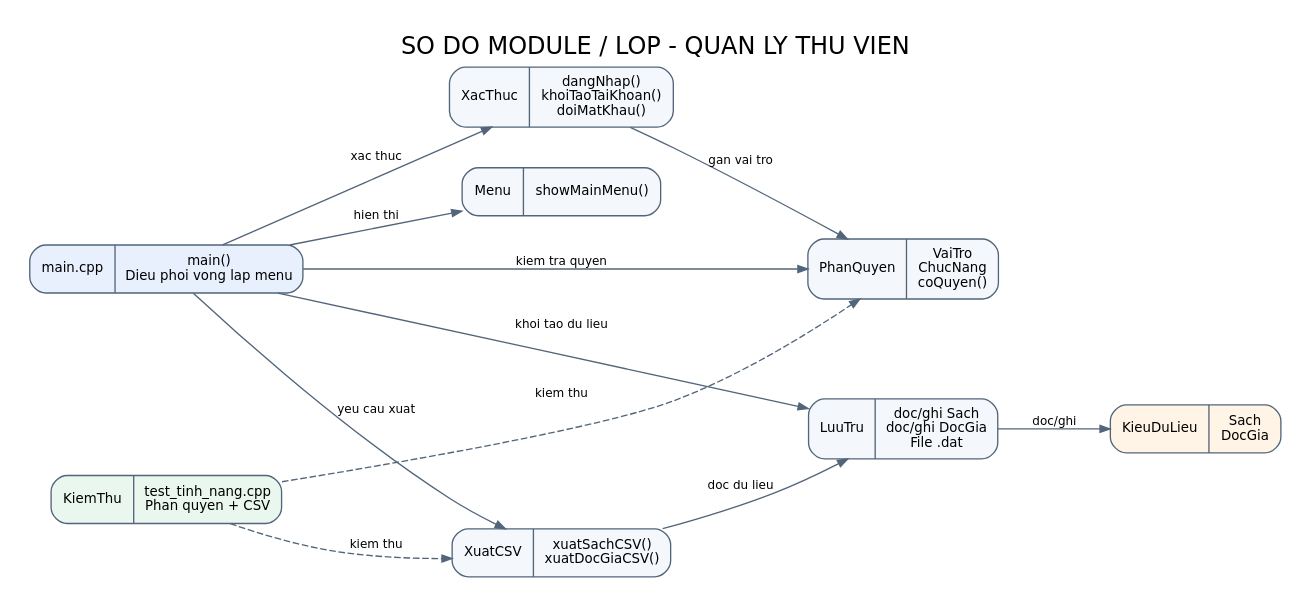
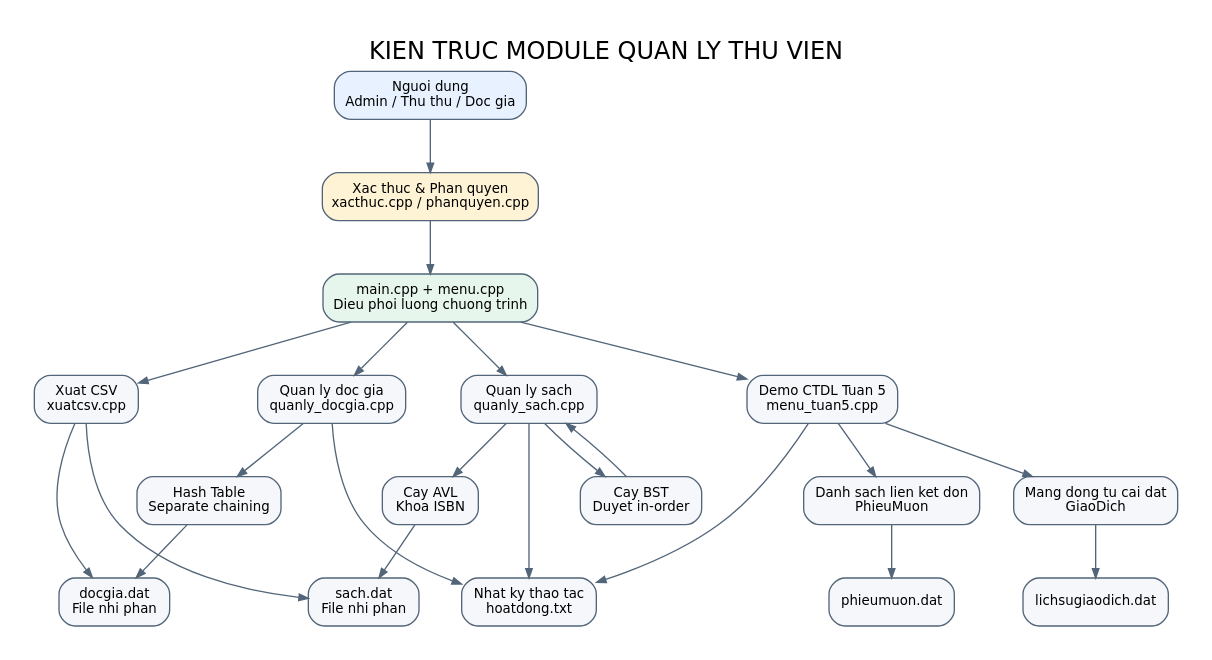
Before and after one commit to nguyenquangmy6624/QuanLyThuVien: the diagram in docs/sodolop.dot, drawn with Graphviz. The commit also changed 39 other files, not shown here.

Commit message:
tuan 5 quan ly thu vien

```diff
--- a/docs/sodolop.dot
+++ b/docs/sodolop.dot
@@ -1,15 +1,37 @@
 digraph QuanLyThuVien {
-  graph [rankdir=LR, bgcolor="white", pad="0.2", nodesep="0.4", ranksep="0.7", fontname="DejaVu Sans", label="SO DO MODULE / LOP - QUAN LY THU VIEN", labelloc=t, fontsize=18];
-  node [shape=record, style="rounded,filled", fillcolor="#F4F7FB", color="#52657A", fontname="DejaVu Sans", fontsize=10, margin="0.12,0.08"];
-  edge [color="#52657A", arrowsize=0.75, fontname="DejaVu Sans", fontsize=9];
-  Main [label="{main.cpp|main()\nDieu phoi vong lap menu}", fillcolor="#E8F0FE"];
-  Auth [label="{XacThuc|dangNhap()\nkhoiTaoTaiKhoan()\ndoiMatKhau()}"];
-  Role [label="{PhanQuyen|VaiTro\nChucNang\ncoQuyen()}"];
-  Menu [label="{Menu|showMainMenu()}"];
-  Store [label="{LuuTru|doc/ghi Sach\ndoc/ghi DocGia\nFile .dat}"];
-  Csv [label="{XuatCSV|xuatSachCSV()\nxuatDocGiaCSV()}"];
-  Model [label="{KieuDuLieu|Sach\nDocGia}", fillcolor="#FFF4E5"];
-  Tests [label="{KiemThu|test_tinh_nang.cpp\nPhan quyen + CSV}", fillcolor="#E9F7EF"];
-  Main -> Menu [label="hien thi"]; Main -> Auth [label="xac thuc"]; Main -> Role [label="kiem tra quyen"]; Main -> Store [label="khoi tao du lieu"]; Main -> Csv [label="yeu cau xuat"];
-  Auth -> Role [label="gan vai tro"]; Store -> Model [label="doc/ghi"]; Csv -> Store [label="doc du lieu"]; Tests -> Role [style=dashed,label="kiem thu"]; Tests -> Csv [style=dashed,label="kiem thu"];
+  graph [rankdir=TB, bgcolor="white", pad="0.25", nodesep="0.35", ranksep="0.55", label="KIEN TRUC MODULE QUAN LY THU VIEN", labelloc=t, fontsize=18, fontname="DejaVu Sans"];
+  node [shape=box, style="rounded,filled", fillcolor="#F5F7FA", color="#526579", fontname="DejaVu Sans", fontsize=10, margin="0.14,0.09"];
+  edge [color="#526579", fontname="DejaVu Sans", fontsize=9, arrowsize=0.7];
+
+  nguoidung [label="Nguoi dung\nAdmin / Thu thu / Doc gia", fillcolor="#E8F1FF"];
+  auth [label="Xac thuc & Phan quyen\nxacthuc.cpp / phanquyen.cpp", fillcolor="#FFF3D6"];
+  main [label="main.cpp + menu.cpp\nDieu phoi luong chuong trinh", fillcolor="#E7F6EC"];
+  nguoidung -> auth -> main;
+
+  sach [label="Quan ly sach\nquanly_sach.cpp"];
+  avl [label="Cay AVL\nKhoa ISBN"];
+  bst [label="Cay BST\nDuyet in-order"];
+  sachfile [label="sach.dat\nFile nhi phan"];
+  docgia [label="Quan ly doc gia\nquanly_docgia.cpp"];
+  hash [label="Hash Table\nSeparate chaining"];
+  dgfile [label="docgia.dat\nFile nhi phan"];
+  tuan5 [label="Demo CTDL Tuan 5\nmenu_tuan5.cpp"];
+  linked [label="Danh sach lien ket don\nPhieuMuon"];
+  linkedfile [label="phieumuon.dat"];
+  dynamic [label="Mang dong tu cai dat\nGiaoDich"];
+  dynamicfile [label="lichsugiaodich.dat"];
+  csv [label="Xuat CSV\nxuatcsv.cpp"];
+  log [label="Nhat ky thao tac\nhoatdong.txt"];
+
+  main -> sach; main -> docgia; main -> tuan5; main -> csv;
+  sach -> avl; sach -> bst; avl -> sachfile; bst -> sach;
+  docgia -> hash -> dgfile;
+  tuan5 -> linked -> linkedfile;
+  tuan5 -> dynamic -> dynamicfile;
+  sach -> log; docgia -> log; tuan5 -> log;
+  csv -> sachfile; csv -> dgfile;
+
+  {rank=same; sach; docgia; tuan5; csv}
+  {rank=same; avl; bst; hash; linked; dynamic}
+  {rank=same; sachfile; dgfile; linkedfile; dynamicfile; log}
 }
```
